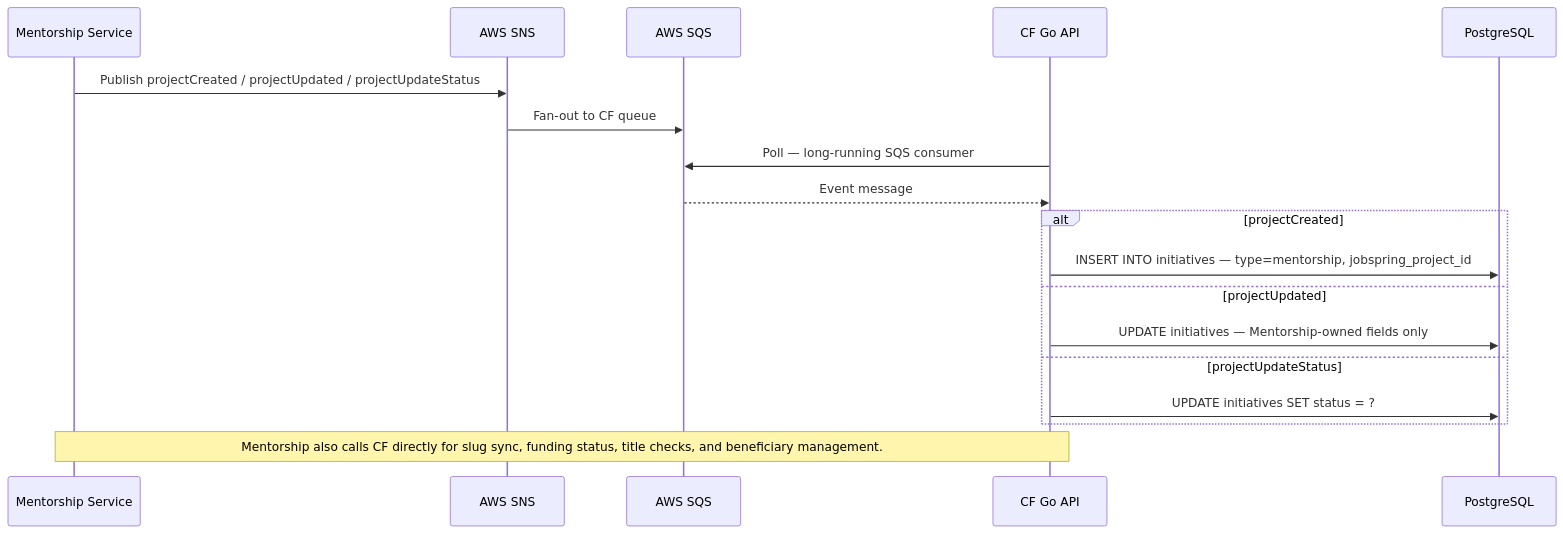
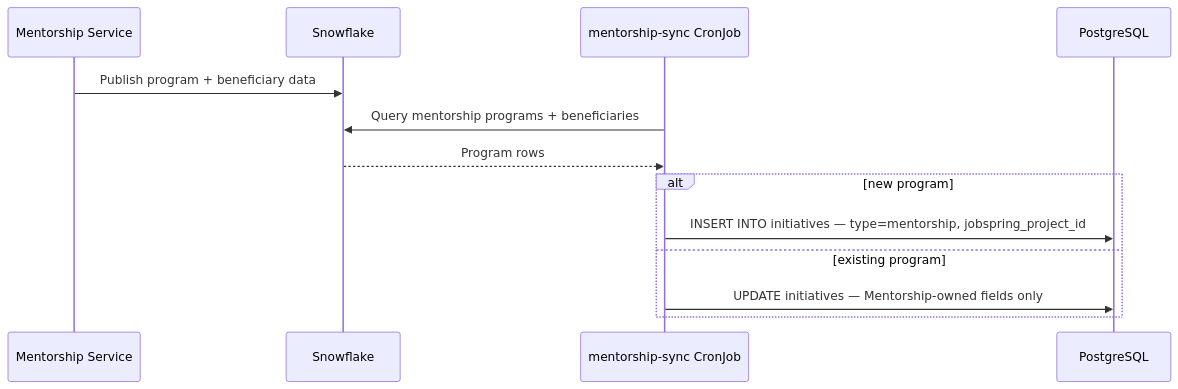
The eighth of 8 diagrams in docs/architecture.md (linuxfoundation/lfx-crowdfunding), drawn with Mermaid before and after one commit. The commit also changed other lines of this file and 2 other files, not shown here.

First line of the commit message:
docs: remove stale M2M doc, fix architecture.md, update README

````diff
--- a/docs/architecture.md
+++ b/docs/architecture.md
@@ -393,23 +396,17 @@
 ```mermaid
 sequenceDiagram
     participant MS as Mentorship Service
-    participant SNS as AWS SNS
-    participant SQS as AWS SQS
-    participant CF as CF Go API
+    participant SF as Snowflake
+    participant Cron as mentorship-sync CronJob
     participant DB as PostgreSQL
 
-    MS->>SNS: Publish projectCreated / projectUpdated / projectUpdateStatus
-    SNS->>SQS: Fan-out to CF queue
-    CF->>SQS: Poll — long-running SQS consumer
-    SQS-->>CF: Event message
+    MS->>SF: Publish program + beneficiary data
+    Cron->>SF: Query mentorship programs + beneficiaries
+    SF-->>Cron: Program rows
 
-    alt projectCreated
-        CF->>DB: INSERT INTO initiatives — type=mentorship, jobspring_project_id
-    else projectUpdated
-        CF->>DB: UPDATE initiatives — Mentorship-owned fields only
-    else projectUpdateStatus
-        CF->>DB: UPDATE initiatives SET status = ?
+    alt new program
+        Cron->>DB: INSERT INTO initiatives — type=mentorship, jobspring_project_id
+    else existing program
+        Cron->>DB: UPDATE initiatives — Mentorship-owned fields only
     end
-
-    Note over MS,CF: Mentorship also calls CF directly for slug sync, funding status, title checks, and beneficiary management.
 ```
````
